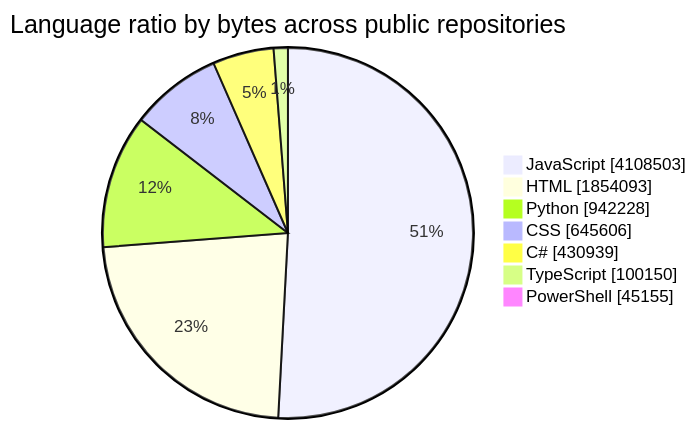
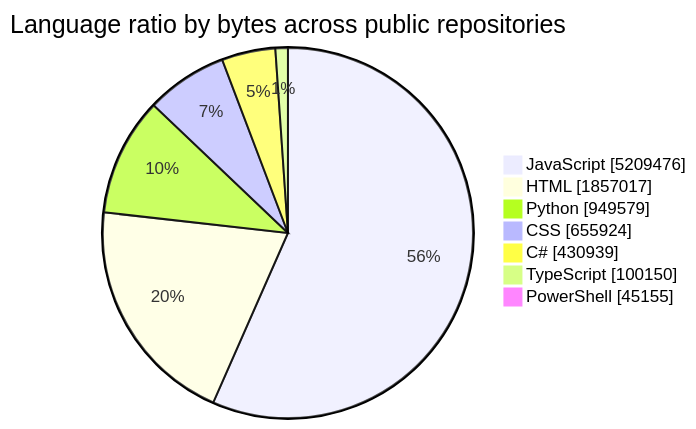
The first of 2 diagrams in README.md (tchinso/tchinso), drawn with Mermaid before and after one commit. The commit also changed other lines of this file, not shown here.

````diff
--- a/README.md
+++ b/README.md
@@ -24,11 +24,11 @@
 ```mermaid
 pie showData
     title Language ratio by bytes across public repositories
-    "JavaScript" : 4108503
-    "HTML" : 1854093
-    "Python" : 942228
-    "CSS" : 645606
+    "JavaScript" : 5209476
+    "HTML" : 1857017
+    "Python" : 949579
+    "CSS" : 655924
     "C#" : 430939
     "TypeScript" : 100150
     "PowerShell" : 45155
 ```
````
